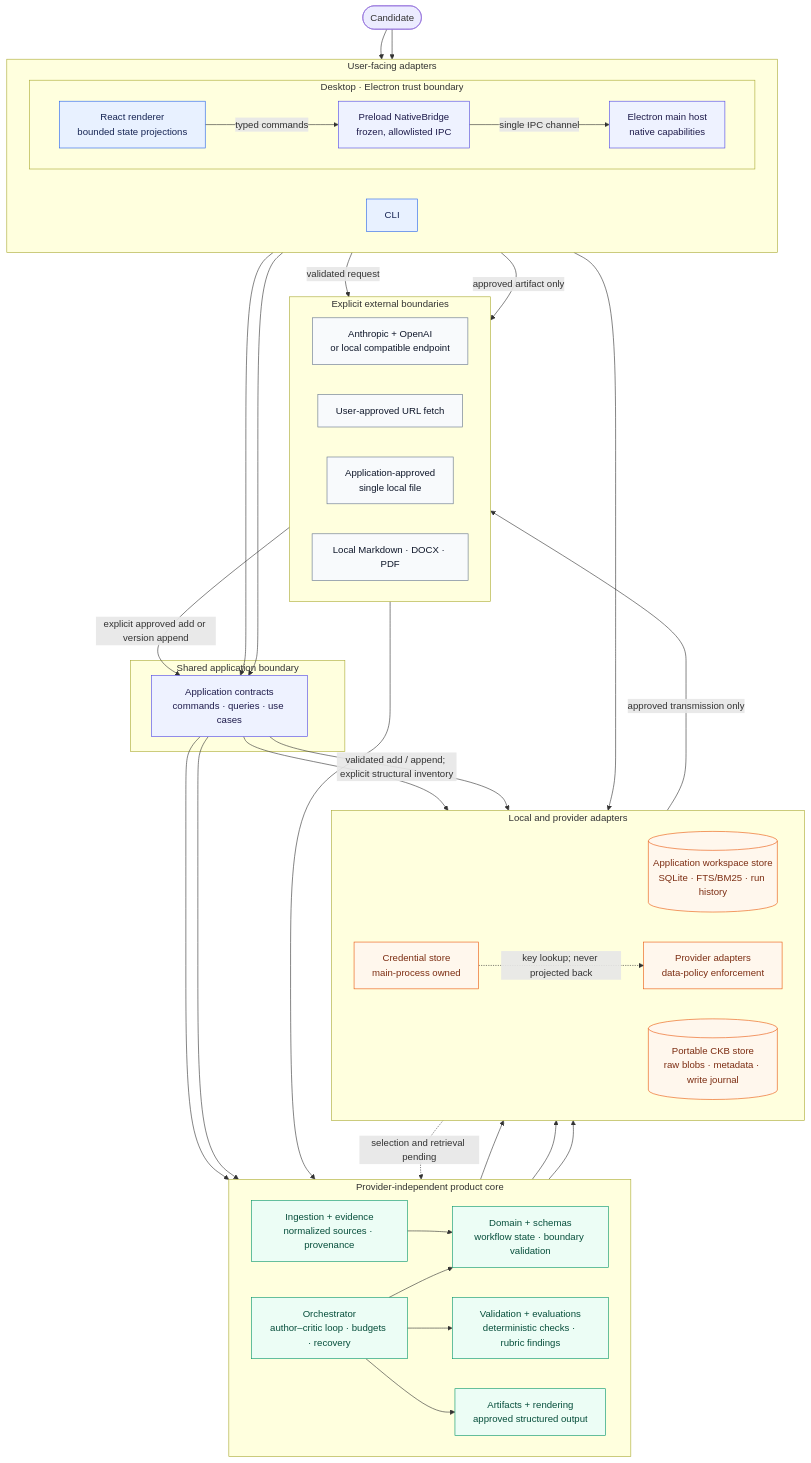
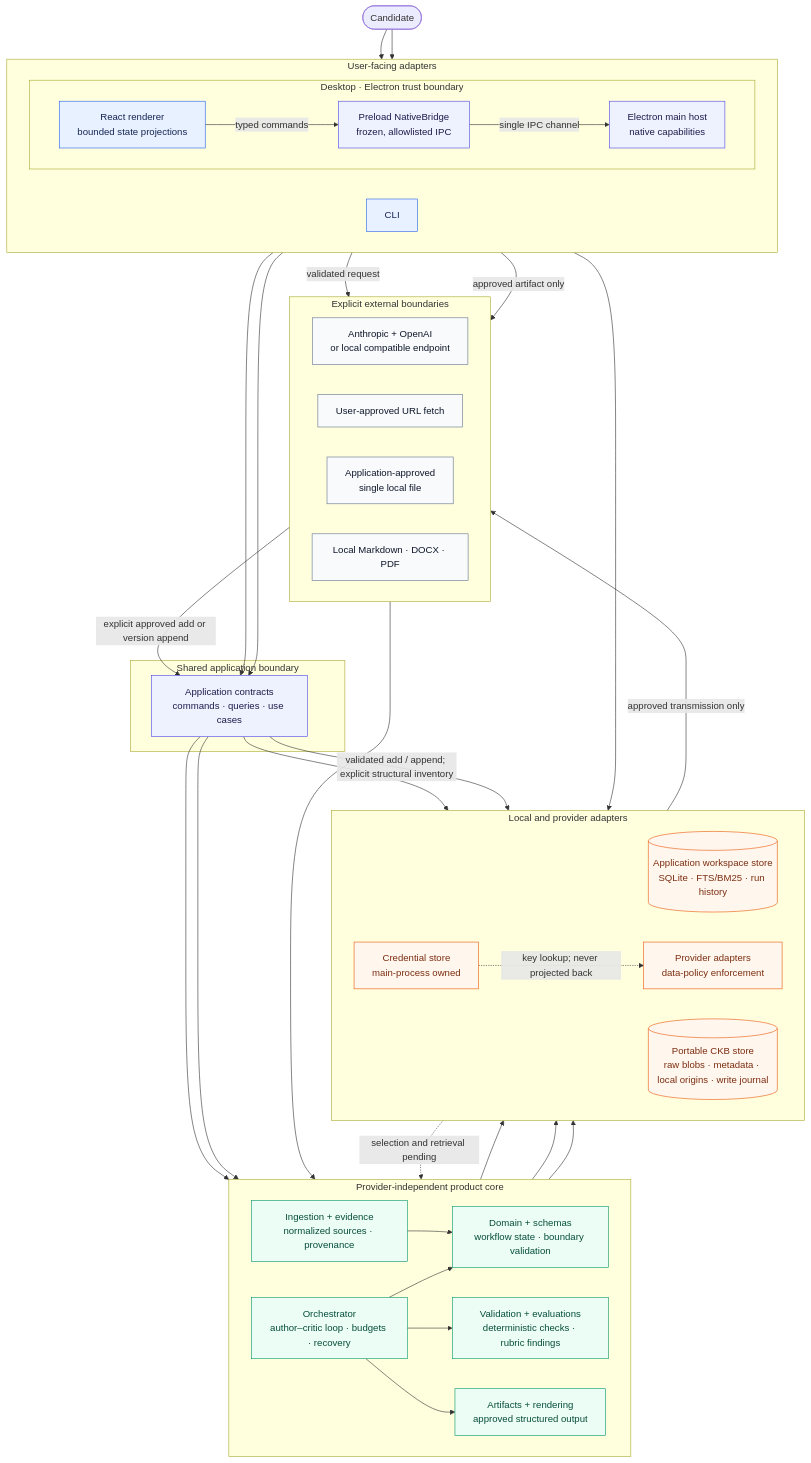
Before and after one commit to akoita/draft-loop: the diagram in docs/architecture.md, drawn with Mermaid. The commit also changed other lines of this file and 10 other files, not shown here.

````diff
--- a/docs/architecture.md
+++ b/docs/architecture.md
@@ -10,82 +10,82 @@
 ```mermaid
 flowchart TB
     User([Candidate])
 
     subgraph Adapters["User-facing adapters"]
         direction LR
         CLI["CLI"]
 
         subgraph Desktop["Desktop · Electron trust boundary"]
             direction LR
             Renderer["React renderer<br/>bounded state projections"]
             Bridge["Preload NativeBridge<br/>frozen, allowlisted IPC"]
             Host["Electron main host<br/>native capabilities"]
             Renderer -->|"typed commands"| Bridge
             Bridge -->|"single IPC channel"| Host
         end
     end
 
     subgraph Application["Shared application boundary"]
         App["Application contracts<br/>commands · queries · use cases"]
     end
 
     subgraph Core["Provider-independent product core"]
         direction LR
         Orchestrator["Orchestrator<br/>author–critic loop · budgets · recovery"]
         Domain["Domain + schemas<br/>workflow state · boundary validation"]
         Knowledge["Ingestion + evidence<br/>normalized sources · provenance"]
         Quality["Validation + evaluations<br/>deterministic checks · rubric findings"]
         Artifacts["Artifacts + rendering<br/>approved structured output"]
         Orchestrator --> Domain
         Knowledge --> Domain
         Orchestrator --> Quality
         Orchestrator --> Artifacts
     end
 
     subgraph Infrastructure["Local and provider adapters"]
         direction LR
         WorkspaceStore[("Application workspace store<br/>SQLite · FTS/BM25 · run history")]
-        CKBStore[("Portable CKB store<br/>raw blobs · metadata · write journal")]
+        CKBStore[("Portable CKB store<br/>raw blobs · metadata · local origins · write journal")]
         Providers["Provider adapters<br/>data-policy enforcement"]
         Credentials["Credential store<br/>main-process owned"]
     end
 
     subgraph External["Explicit external boundaries"]
         direction LR
         Models["Anthropic + OpenAI<br/>or local compatible endpoint"]
         URL["User-approved URL fetch"]
         LocalFile["Application-approved<br/>single local file"]
         Export["Local Markdown · DOCX · PDF"]
     end
 
     User --> CLI
     User --> Renderer
     CLI --> App
     Host --> App
     App --> Orchestrator
     App --> Knowledge
     App --> WorkspaceStore
     Domain --> WorkspaceStore
     Knowledge --> WorkspaceStore
     App -->|"validated add / append; explicit structural inventory"| CKBStore
     CKBStore -.->|"selection and retrieval pending"| Knowledge
     Orchestrator --> Providers
     Host --> Credentials
     Credentials -.->|"key lookup; never projected back"| Providers
     Providers -->|"approved transmission only"| Models
     Host -->|"validated request"| URL
     URL --> Knowledge
     LocalFile -->|"explicit approved add or version append"| App
     Host -->|"approved artifact only"| Export
 
     classDef ui fill:#e8f1ff,stroke:#2563eb,color:#172554;
     classDef boundary fill:#eef2ff,stroke:#4f46e5,color:#1e1b4b;
     classDef core fill:#ecfdf5,stroke:#059669,color:#064e3b;
     classDef infra fill:#fff7ed,stroke:#ea580c,color:#7c2d12;
     classDef external fill:#f8fafc,stroke:#64748b,color:#0f172a;
     class CLI,Renderer ui;
     class Bridge,Host,App boundary;
     class Orchestrator,Domain,Knowledge,Quality,Artifacts core;
     class WorkspaceStore,CKBStore,Providers,Credentials infra;
     class Models,URL,LocalFile,Export external;
 ```
````
